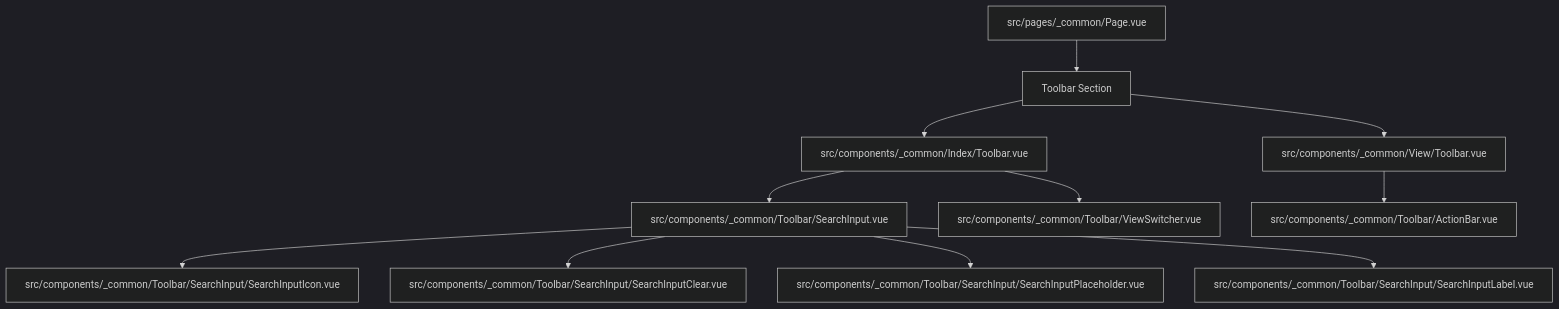
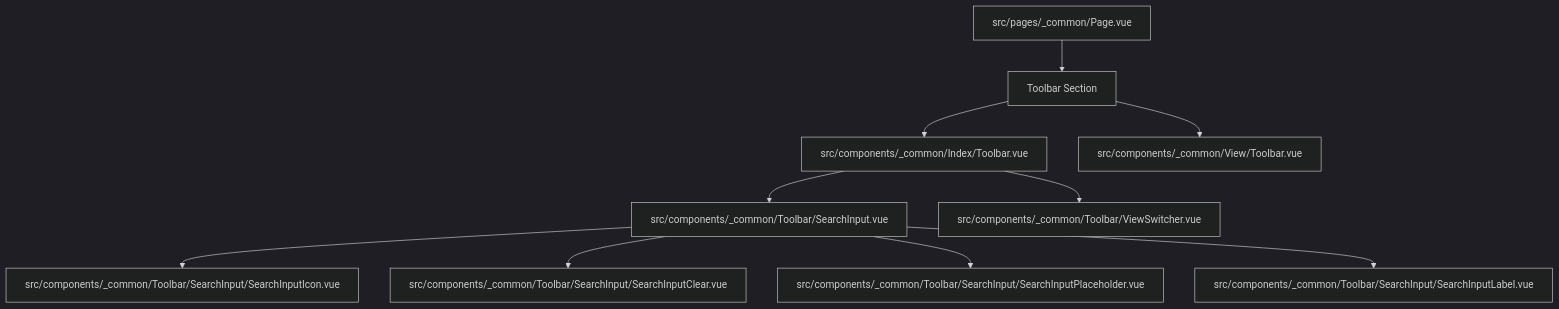
The second of 4 diagrams in Documents/CUSTOM_PAGE_AND_PAGE_SECTIONS_CUSTOMIZATIONS.md (firumon/little-leap-aql), drawn with Mermaid (dark theme) before and after one commit. The commit also changed other lines of this file and 6 other files, not shown here.

````diff
--- a/Documents/CUSTOM_PAGE_AND_PAGE_SECTIONS_CUSTOMIZATIONS.md
+++ b/Documents/CUSTOM_PAGE_AND_PAGE_SECTIONS_CUSTOMIZATIONS.md
@@ -60,17 +60,16 @@
 ```mermaid
 graph TD
     PageVue[src/pages/_common/Page.vue] --> ToolbarFallback[Toolbar Section]
     
     %% Index Page Toolbar
     ToolbarFallback --> IndexToolbar[src/components/_common/Index/Toolbar.vue]
     IndexToolbar --> SearchInput[src/components/_common/Toolbar/SearchInput.vue]
     SearchInput --> SearchInputIcon[src/components/_common/Toolbar/SearchInput/SearchInputIcon.vue]
     SearchInput --> SearchInputClear[src/components/_common/Toolbar/SearchInput/SearchInputClear.vue]
     SearchInput --> SearchInputPlaceholder[src/components/_common/Toolbar/SearchInput/SearchInputPlaceholder.vue]
     SearchInput --> SearchInputLabel[src/components/_common/Toolbar/SearchInput/SearchInputLabel.vue]
     IndexToolbar --> ViewSwitcher[src/components/_common/Toolbar/ViewSwitcher.vue]
     
     %% View Page Toolbar
     ToolbarFallback --> ViewToolbar[src/components/_common/View/Toolbar.vue]
-    ViewToolbar --> ActionBar[src/components/_common/Toolbar/ActionBar.vue]
 ```
````
